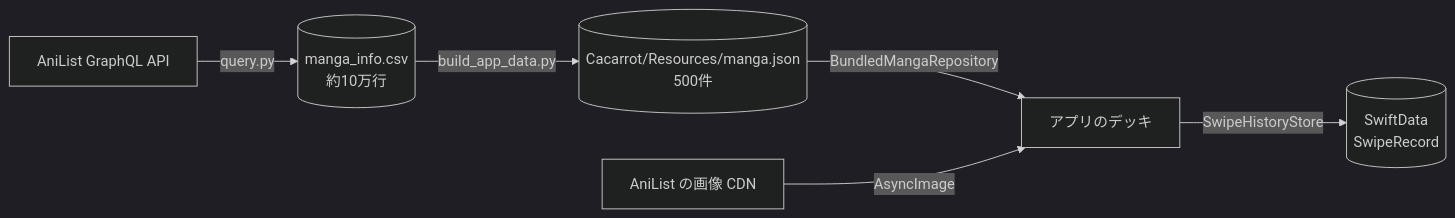
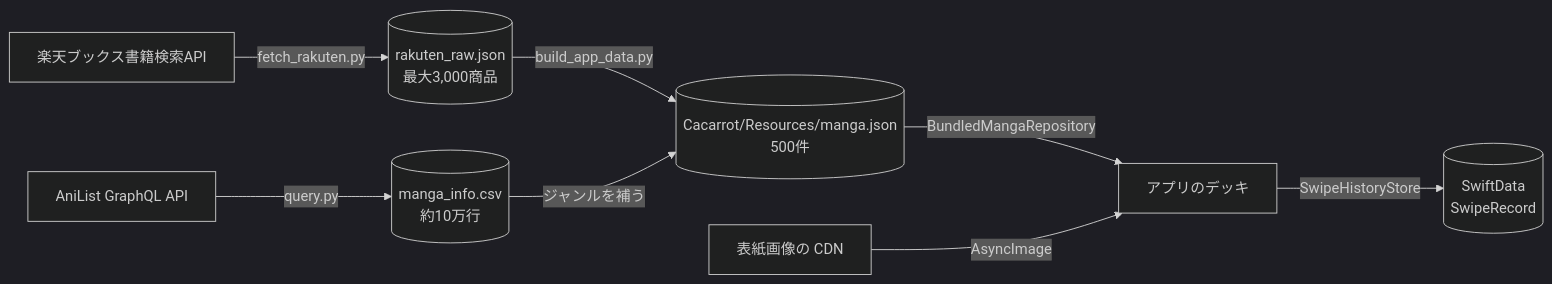
The diagram in docs/data.md (carrot-99/Cacarrot), drawn with Mermaid (dark theme) before and after one commit. The commit also changed other lines of this file and 8 other files, not shown here.

First line of the commit message:
Prepare Rakuten Books data source

````diff
--- a/docs/data.md
+++ b/docs/data.md
@@ -5,8 +5,10 @@
 ```mermaid
 flowchart LR
+    RAPI[楽天ブックス書籍検索API] -- fetch_rakuten.py --> RAW[(rakuten_raw.json<br/>最大3,000商品)]
     API[AniList GraphQL API] -- query.py --> CSV[(manga_info.csv<br/>約10万行)]
-    CSV -- build_app_data.py --> JSON[(Cacarrot/Resources/manga.json<br/>500件)]
+    RAW -- build_app_data.py --> JSON[(Cacarrot/Resources/manga.json<br/>500件)]
+    CSV -- ジャンルを補う --> JSON
     JSON -- BundledMangaRepository --> APP[アプリのデッキ]
     APP -- SwipeHistoryStore --> DB[(SwiftData<br/>SwipeRecord)]
-    CDN[AniList の画像 CDN] -- AsyncImage --> APP
+    CDN[表紙画像の CDN] -- AsyncImage --> APP
 ```
````
